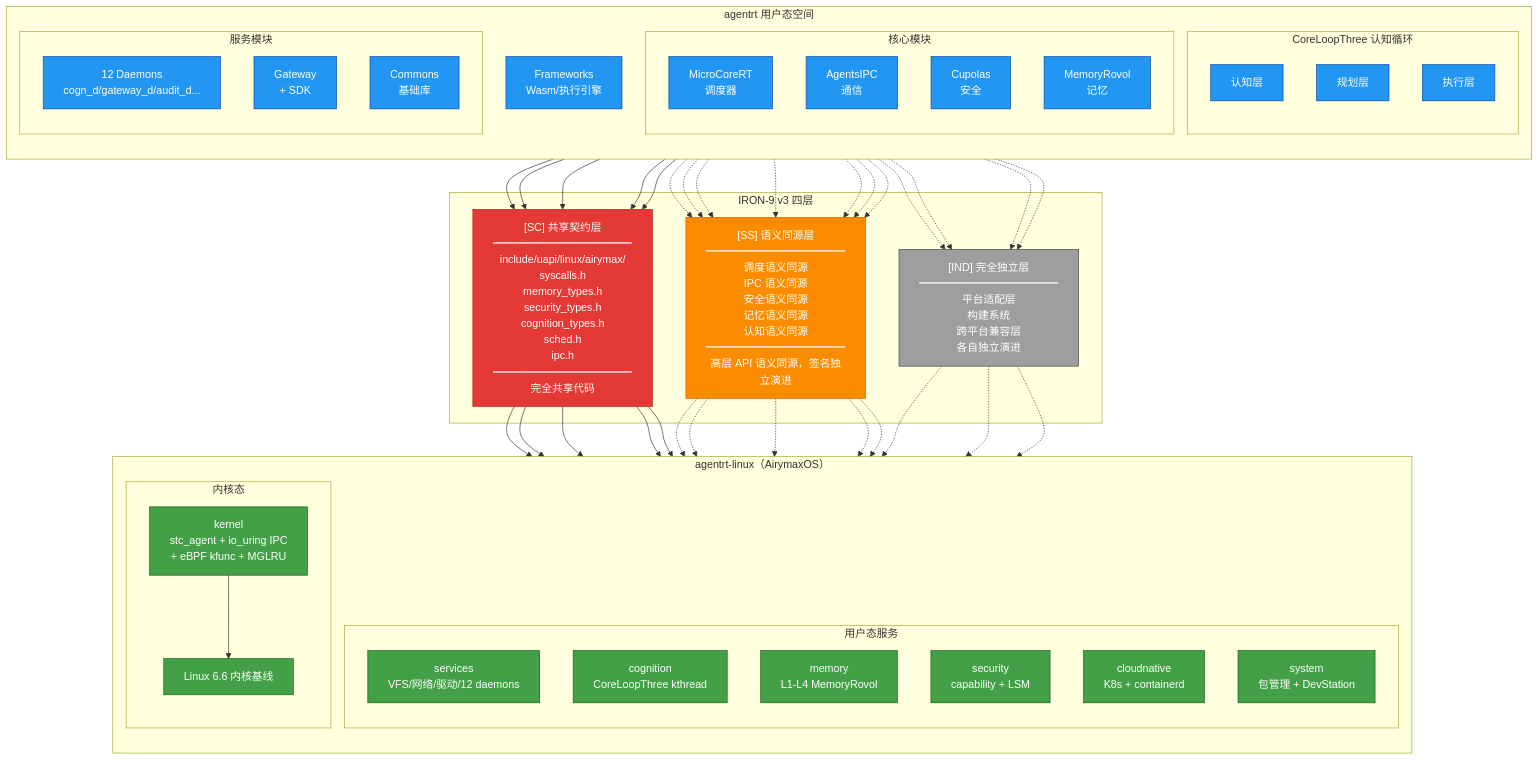
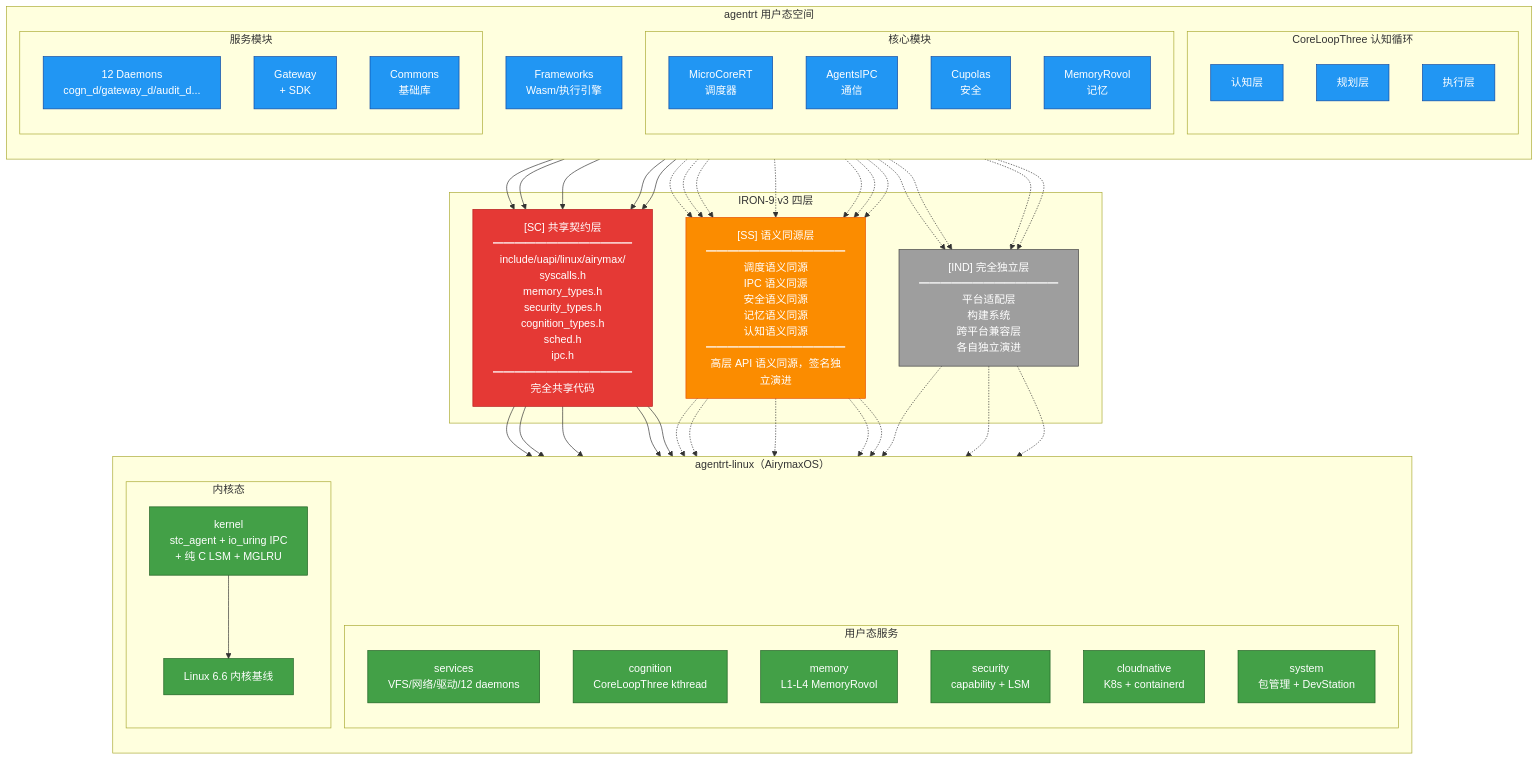
Before and after one commit to openairymax/docs-linux: the first of 4 diagrams in 50-engineering-standards/40-integration/integration.md, drawn with Mermaid. The commit also changed other lines of this file and 50 other files, not shown here.

```diff
--- a/50-engineering-standards/40-integration/integration.md
+++ b/50-engineering-standards/40-integration/integration.md
@@ -69,7 +69,7 @@
             ASY[system<br/>包管理 + DevStation]
         end
         subgraph "内核态"
-            AK[kernel<br/>stc_agent + io_uring IPC<br/>+ eBPF kfunc + MGLRU]
+            AK[kernel<br/>stc_agent + io_uring IPC<br/>+ 纯 C LSM + MGLRU]
             LK[Linux 6.6 内核基线]
         end
     end
```
